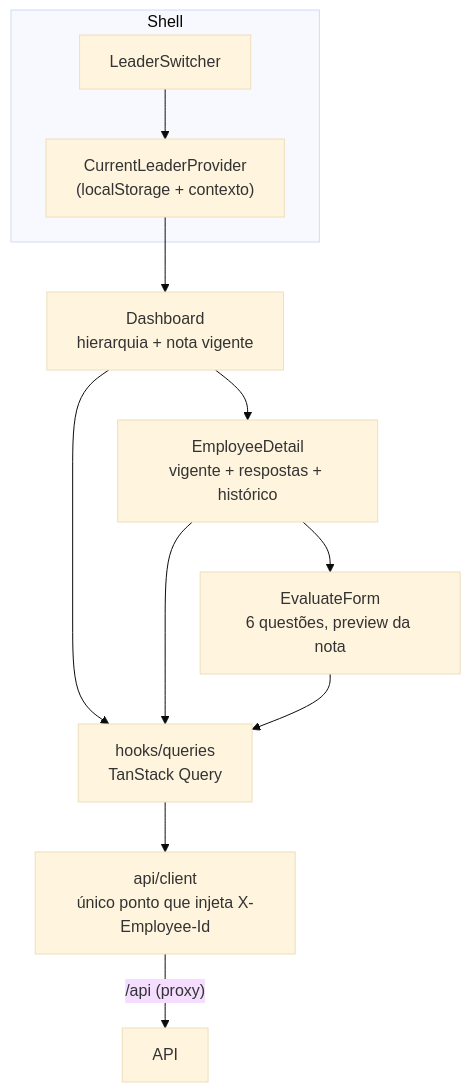
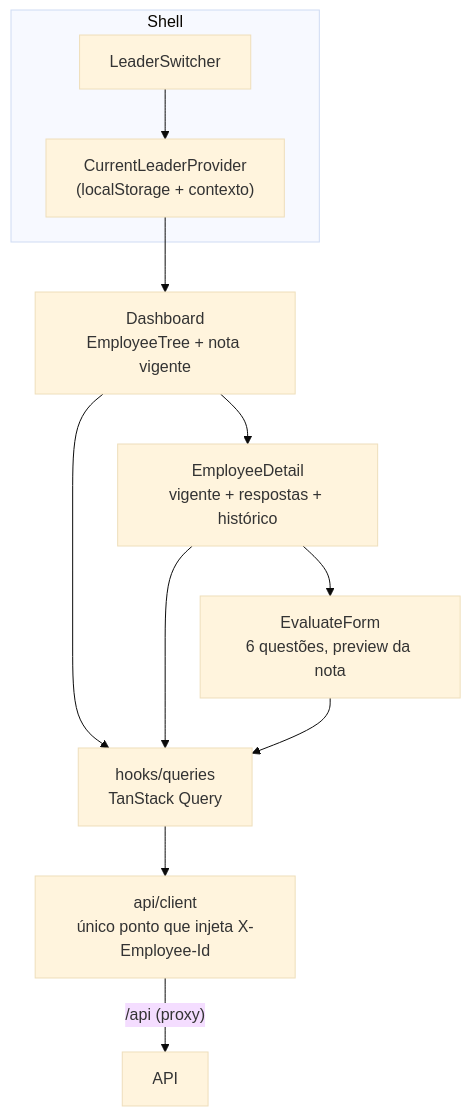
Before and after one commit to Jose6348/Software_Analyst_Monks: the fourth of 4 diagrams in docs/architecture.md, drawn with Mermaid (base theme). The commit also changed 8 other files, not shown here.

Commit message:
feat: arvore de hierarquia no dashboard

````diff
--- a/docs/architecture.md
+++ b/docs/architecture.md
@@ -87,14 +87,14 @@
 ```mermaid
 flowchart TD
     subgraph shell [Shell]
         LS[LeaderSwitcher] --> CL["CurrentLeaderProvider<br/>(localStorage + contexto)"]
     end
 
-    CL --> DA["Dashboard<br/>hierarquia + nota vigente"]
+    CL --> DA["Dashboard<br/>EmployeeTree + nota vigente"]
     DA --> ED["EmployeeDetail<br/>vigente + respostas + histórico"]
     ED --> EF["EvaluateForm<br/>6 questões, preview da nota"]
 
     DA & ED & EF --> Q["hooks/queries<br/>TanStack Query"]
     Q --> CLI["api/client<br/>único ponto que injeta X-Employee-Id"]
     CLI -->|"/api (proxy)"| API[API]
 ```
````
